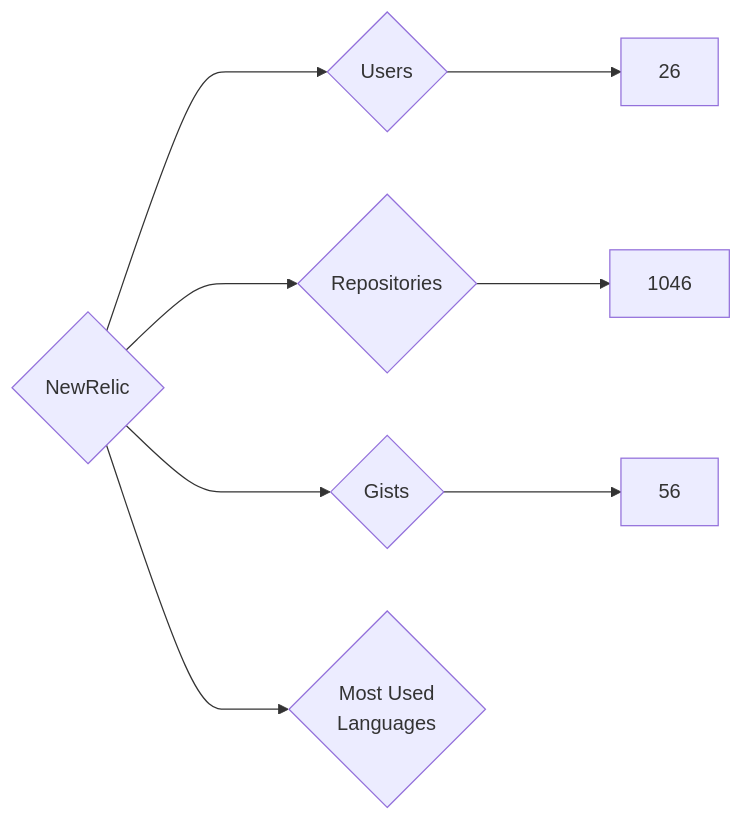
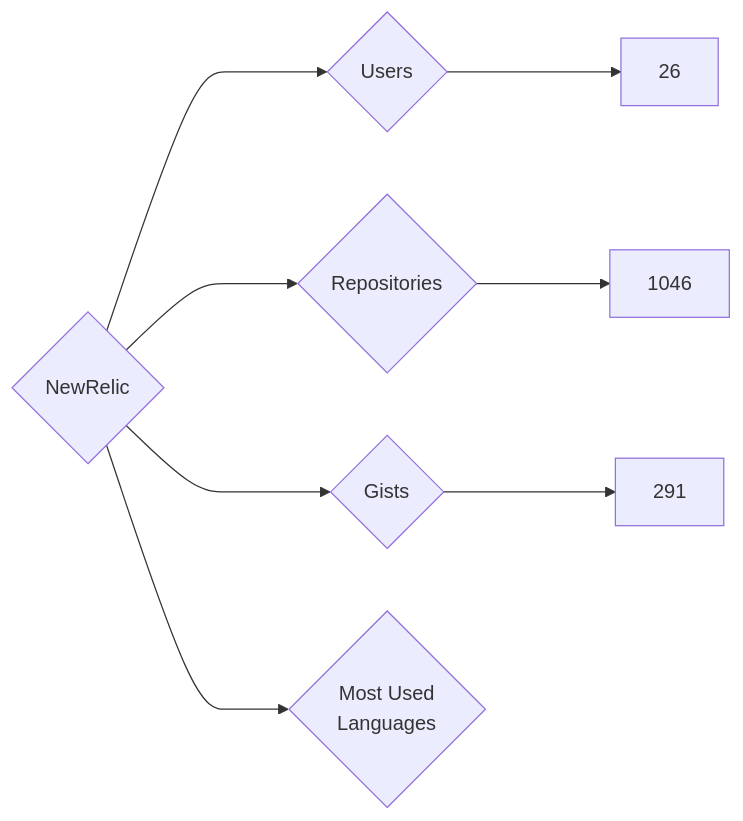
The diagram in targets/NewRelic/README.md (nenadzaric/insiders), drawn with Mermaid before and after one commit. The commit also changed 1342 other files, not shown here.

````diff
--- a/targets/NewRelic/README.md
+++ b/targets/NewRelic/README.md
@@ -3,8 +3,8 @@
 ```mermaid
 graph LR
 COMPANY_NAME{NewRelic}
 COMPANY_NAME ---> U{Users} ---> UN[26]
 COMPANY_NAME ---> R{Repositories} ---> RN[1046]
-COMPANY_NAME ---> G{Gists} ---> GN[56]
+COMPANY_NAME ---> G{Gists} ---> GN[291]
 COMPANY_NAME ---> ML{Most Used<br>Languages}
 ```
````
